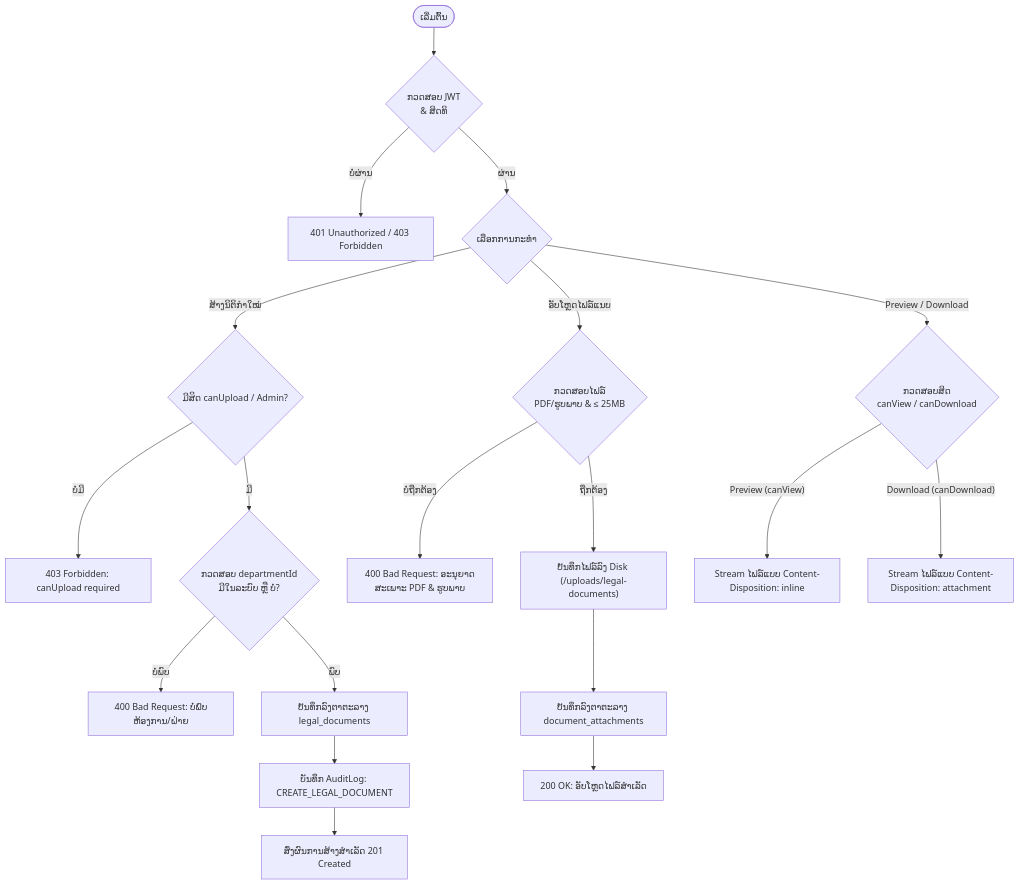
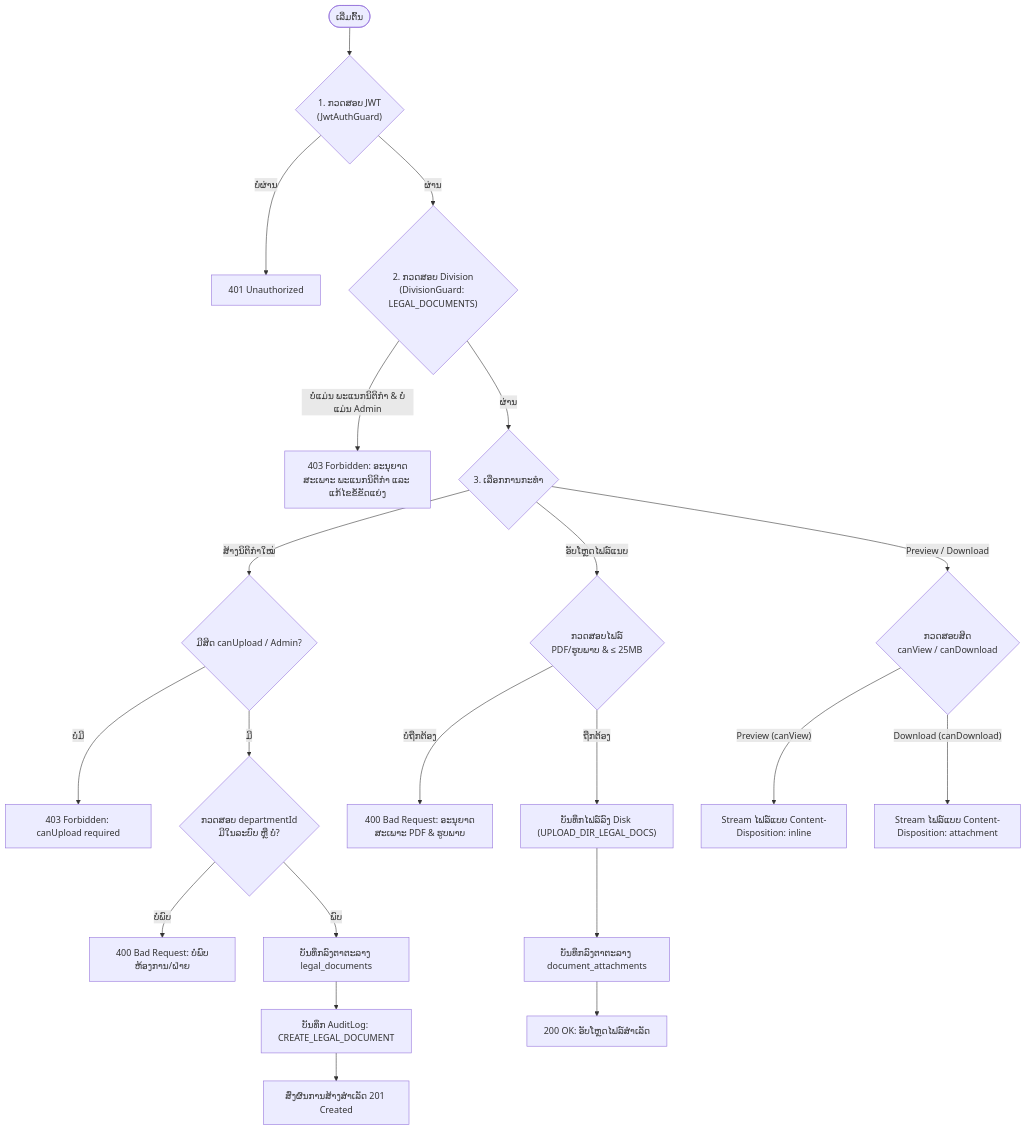
The fifth of 9 diagrams in SYSTEM_FLOW_AND_MODULES.md (SamMie341/legal-contract-backend), drawn with Mermaid before and after one commit. The commit also changed other lines of this file and 100 other files, not shown here.

````diff
--- a/SYSTEM_FLOW_AND_MODULES.md
+++ b/SYSTEM_FLOW_AND_MODULES.md
@@ -162,27 +196,30 @@
 ```mermaid
 flowchart TD
-    Start(["ເລີ່ມຕົ້ນ"]) --> CheckAuth{"ກວດສອບ JWT<br/>& ສິດທິ"}
-    CheckAuth -- "ບໍ່ຜ່ານ" --> Err401["401 Unauthorized / 403 Forbidden"]
-    CheckAuth -- "ຜ່ານ" --> ActionType{"ເລືອກການກະທຳ"}
+    Start(["ເລີ່ມຕົ້ນ"]) --> CheckAuth{"1. ກວດສອບ JWT<br/>(JwtAuthGuard)"}
+    CheckAuth -- "ບໍ່ຜ່ານ" --> Err401["401 Unauthorized"]
+    CheckAuth -- "ຜ່ານ" --> CheckDiv{"2. ກວດສອບ Division<br/>(DivisionGuard: LEGAL_DOCUMENTS)"}
+    
+    CheckDiv -- "ບໍ່ແມ່ນ ພະແນກນິຕິກຳ & ບໍ່ແມ່ນ Admin" --> ErrDiv403["403 Forbidden: ອະນຸຍາດສະເພາະ ພະແນກນິຕິກຳ ແລະ ແກ້ໄຂຂໍ້ຂັດແຍ່ງ"]
+    CheckDiv -- "ຜ່ານ" --> ActionType{"3. ເລືອກການກະທຳ"}
 
     %% Action: Create Document
     ActionType -- "ສ້າງນິຕິກຳໃໝ່" --> CheckUploadRole{"ມີສິດ canUpload / Admin?"}
     CheckUploadRole -- "ບໍ່ມີ" --> Err403["403 Forbidden: canUpload required"]
     CheckUploadRole -- "ມີ" --> ValDept{"ກວດສອບ departmentId<br/>ມີໃນລະບົບ ຫຼື ບໍ່?"}
     ValDept -- "ບໍ່ພົບ" --> Err400["400 Bad Request: ບໍ່ພົບຫ້ອງການ/ຝ່າຍ"]
     ValDept -- "ພົບ" --> SaveDoc["ບັນທຶກລົງຕາຕະລາງ legal_documents"]
     SaveDoc --> AuditDoc["ບັນທຶກ AuditLog: CREATE_LEGAL_DOCUMENT"]
     AuditDoc --> ResDoc["ສົ່ງຜົນການສ້າງສຳເລັດ 201 Created"]
 
     %% Action: Attachments
     ActionType -- "ອັບໂຫຼດໄຟລ໌ແນບ" --> MulterCheck{"ກວດສອບໄຟລ໌<br/>PDF/ຮູບພາບ & &le; 25MB"}
     MulterCheck -- "ບໍ່ຖືກຕ້ອງ" --> ErrFile["400 Bad Request: ອະນຸຍາດສະເພາະ PDF & ຮູບພາບ"]
-    MulterCheck -- "ຖືກຕ້ອງ" --> SaveFileDisk["ບັນທຶກໄຟລ໌ລົງ Disk (/uploads/legal-documents)"]
+    MulterCheck -- "ຖືກຕ້ອງ" --> SaveFileDisk["ບັນທຶກໄຟລ໌ລົງ Disk (UPLOAD_DIR_LEGAL_DOCS)"]
     SaveFileDisk --> SaveFileDB["ບັນທຶກລົງຕາຕະລາງ document_attachments"]
     SaveFileDB --> ResFile["200 OK: ອັບໂຫຼດໄຟລ໌ສຳເລັດ"]
 
     %% Action: Preview / Download
     ActionType -- "Preview / Download" --> CheckPerm{"ກວດສອບສິດ<br/>canView / canDownload"}
     CheckPerm -- "Preview (canView)" --> StreamInline["Stream ໄຟລ໌ແບບ Content-Disposition: inline"]
     CheckPerm -- "Download (canDownload)" --> StreamAtt["Stream ໄຟລ໌ແບບ Content-Disposition: attachment"]
 ```
````
